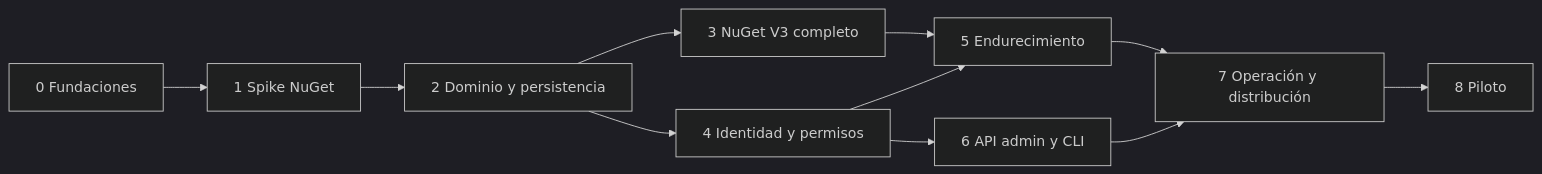
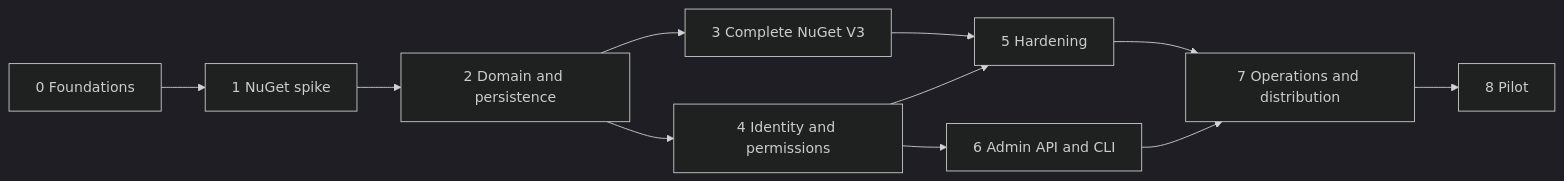
Before and after one commit to Khr0x/onepack: the second of 2 diagrams in roadmap/roadmap-mvp.md, drawn with Mermaid (dark theme). The commit also changed other lines of this file and 131 other files, not shown here.

````diff
--- a/roadmap/roadmap-mvp.md
+++ b/roadmap/roadmap-mvp.md
@@ -86,13 +86,13 @@
 ```mermaid
 flowchart LR
-    F0[0 Fundaciones] --> F1[1 Spike NuGet]
-    F1 --> F2[2 Dominio y persistencia]
-    F2 --> F3[3 NuGet V3 completo]
-    F2 --> F4[4 Identidad y permisos]
-    F3 --> F5[5 Endurecimiento]
+    F0[0 Foundations] --> F1[1 NuGet spike]
+    F1 --> F2[2 Domain and persistence]
+    F2 --> F3[3 Complete NuGet V3]
+    F2 --> F4[4 Identity and permissions]
+    F3 --> F5[5 Hardening]
     F4 --> F5
-    F4 --> F6[6 API admin y CLI]
-    F5 --> F7[7 Operación y distribución]
+    F4 --> F6[6 Admin API and CLI]
+    F5 --> F7[7 Operations and distribution]
     F6 --> F7
-    F7 --> F8[8 Piloto]
+    F7 --> F8[8 Pilot]
 ```
````
